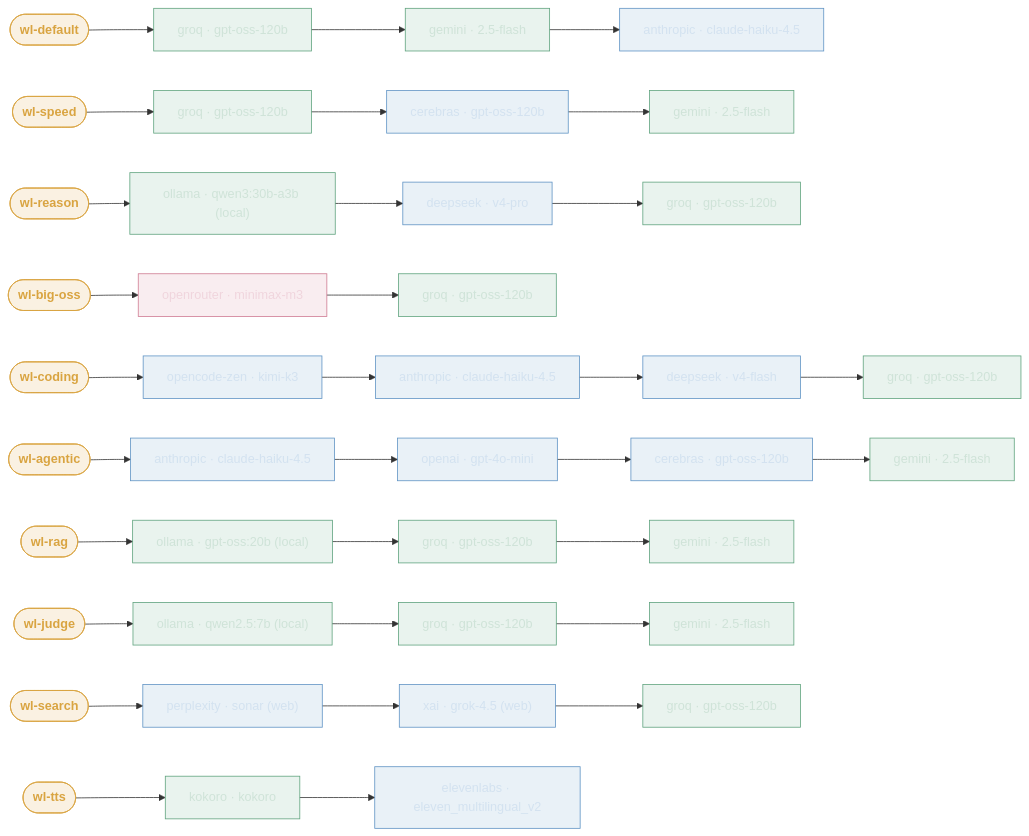
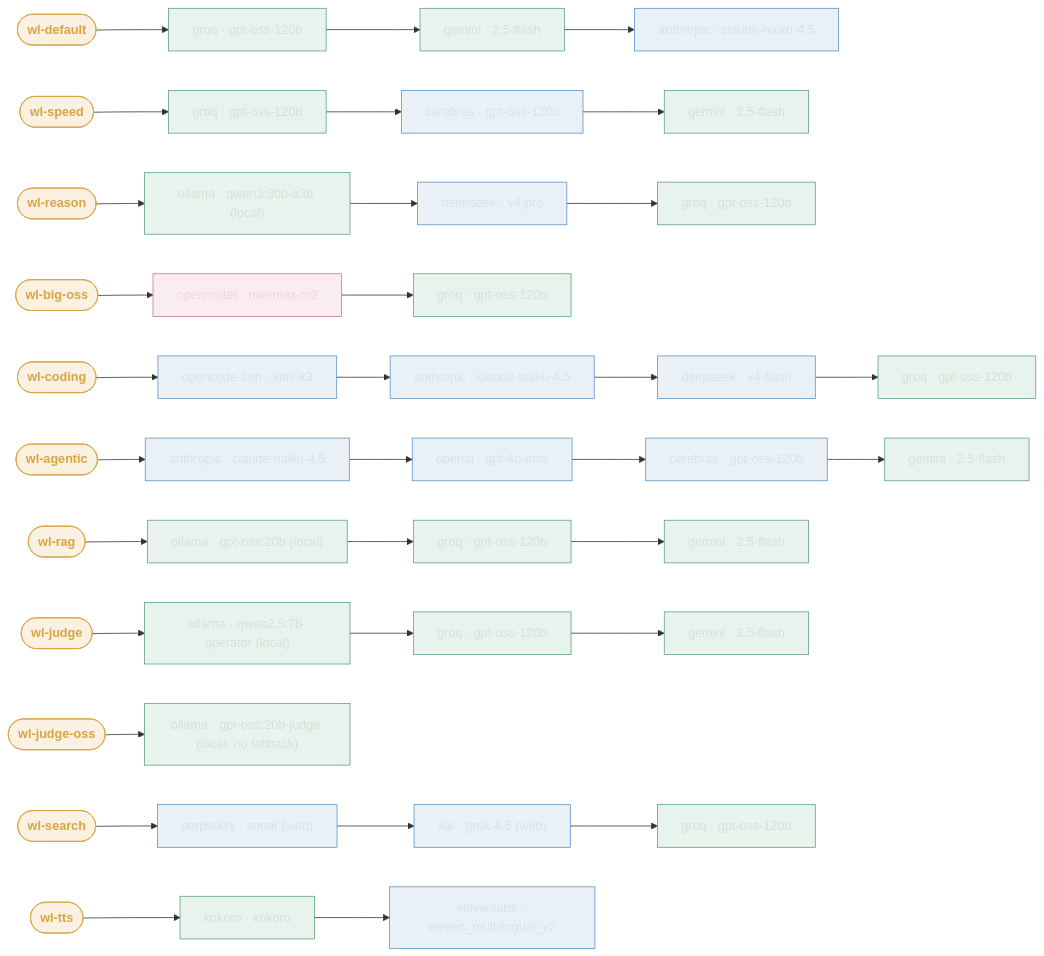
Before and after one commit to edtbl76/weyland-lab: the diagram in docs/llm-routing.md, drawn with Mermaid. The commit also changed other lines of this file and 1 other file, not shown here.

First line of the commit message:
Add `wl-judge-oss` Lane and Document Decision-Model Shadow

````diff
--- a/docs/llm-routing.md
+++ b/docs/llm-routing.md
@@ -19,25 +25,26 @@
 ```mermaid
 flowchart LR
   classDef alias fill:#d9a44126,stroke:#d9a441,color:#d9a441,font-weight:bold;
   classDef free fill:#5fa37e22,stroke:#5fa37e,color:#cfe3d8;
   classDef funded fill:#5f93c422,stroke:#5f93c4,color:#d3e2f0;
   classDef metered fill:#cf7a9222,stroke:#cf7a92,color:#f0d5dd;
 
   %% Chat & reasoning
   wldef(["wl-default"]):::alias --> wldef1["groq · gpt-oss-120b"]:::free --> wldef2["gemini · 2.5-flash"]:::free --> wldef3["anthropic · claude-haiku-4.5"]:::funded
   wspd(["wl-speed"]):::alias --> wspd1["groq · gpt-oss-120b"]:::free --> wspd2["cerebras · gpt-oss-120b"]:::funded --> wspd3["gemini · 2.5-flash"]:::free
   wrsn(["wl-reason"]):::alias --> wrsn1["ollama · qwen3:30b-a3b (local)"]:::free --> wrsn2["deepseek · v4-pro"]:::funded --> wrsn3["groq · gpt-oss-120b"]:::free
   wbig(["wl-big-oss"]):::alias --> wbig1["openrouter · minimax-m3"]:::metered --> wbig2["groq · gpt-oss-120b"]:::free
 
   %% Code & agents
   wcod(["wl-coding"]):::alias --> wcod1["opencode-zen · kimi-k3"]:::funded --> wcod2["anthropic · claude-haiku-4.5"]:::funded --> wcod3["deepseek · v4-flash"]:::funded --> wcod4["groq · gpt-oss-120b"]:::free
   wagt(["wl-agentic"]):::alias --> wagt1["anthropic · claude-haiku-4.5"]:::funded --> wagt2["openai · gpt-4o-mini"]:::funded --> wagt3["cerebras · gpt-oss-120b"]:::funded --> wagt4["gemini · 2.5-flash"]:::free
 
   %% Retrieval, eval, search
   wrag(["wl-rag"]):::alias --> wrag1["ollama · gpt-oss:20b (local)"]:::free --> wrag2["groq · gpt-oss-120b"]:::free --> wrag3["gemini · 2.5-flash"]:::free
-  wjdg(["wl-judge"]):::alias --> wjdg1["ollama · qwen2.5:7b (local)"]:::free --> wjdg2["groq · gpt-oss-120b"]:::free --> wjdg3["gemini · 2.5-flash"]:::free
+  wjdg(["wl-judge"]):::alias --> wjdg1["ollama · qwen2.5:7b-operator (local)"]:::free --> wjdg2["groq · gpt-oss-120b"]:::free --> wjdg3["gemini · 2.5-flash"]:::free
+  wjos(["wl-judge-oss"]):::alias --> wjos1["ollama · gpt-oss:20b-judge (local, no fallback)"]:::free
   wsch(["wl-search"]):::alias --> wsch1["perplexity · sonar (web)"]:::funded --> wsch2["xai · grok-4.5 (web)"]:::funded --> wsch3["groq · gpt-oss-120b"]:::free
 
   %% Media — text-to-speech (audio_speech endpoint, not chat)
   wtts(["wl-tts"]):::alias --> wtts1["kokoro · kokoro"]:::free --> wtts2["elevenlabs · eleven_multilingual_v2"]:::funded
 ```
````
